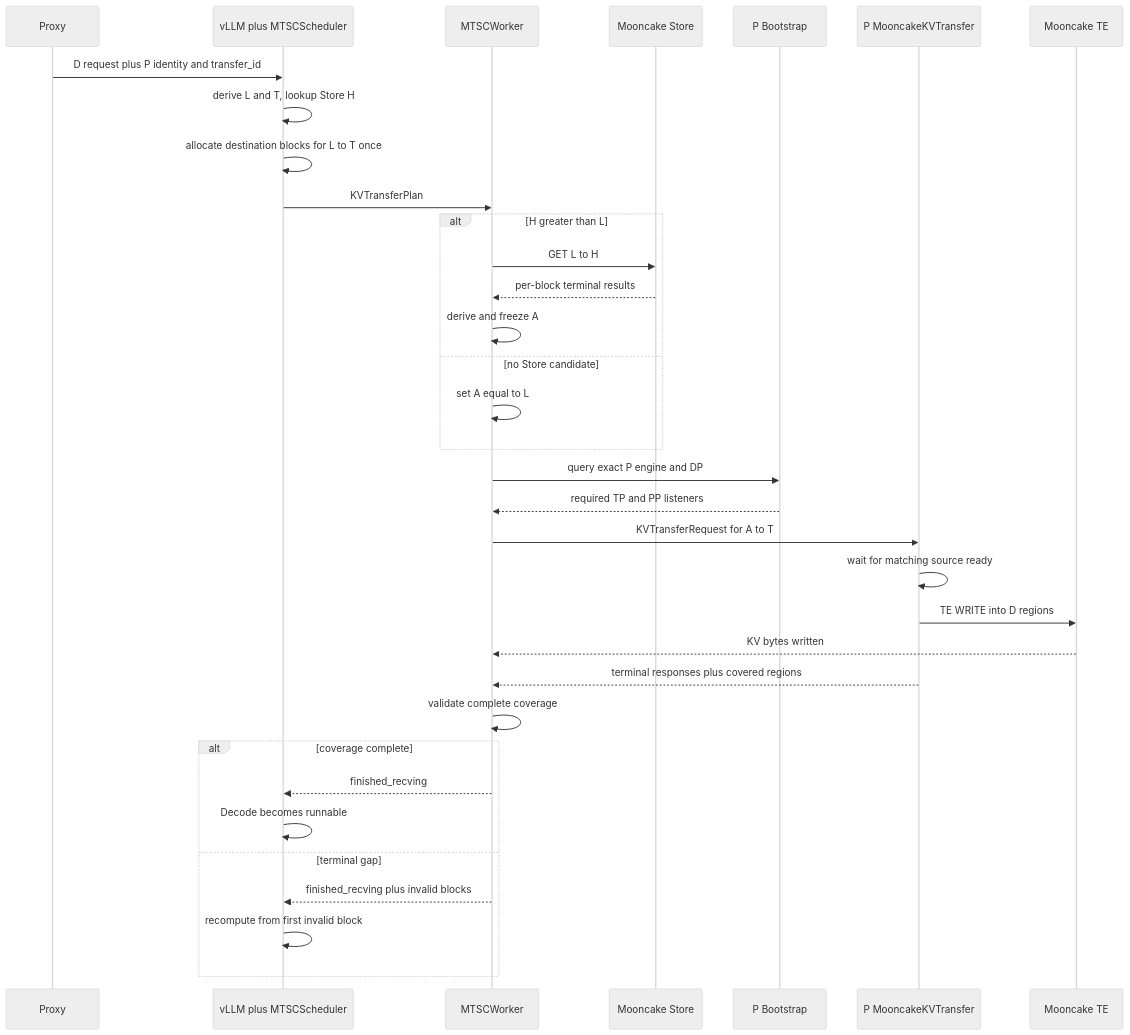
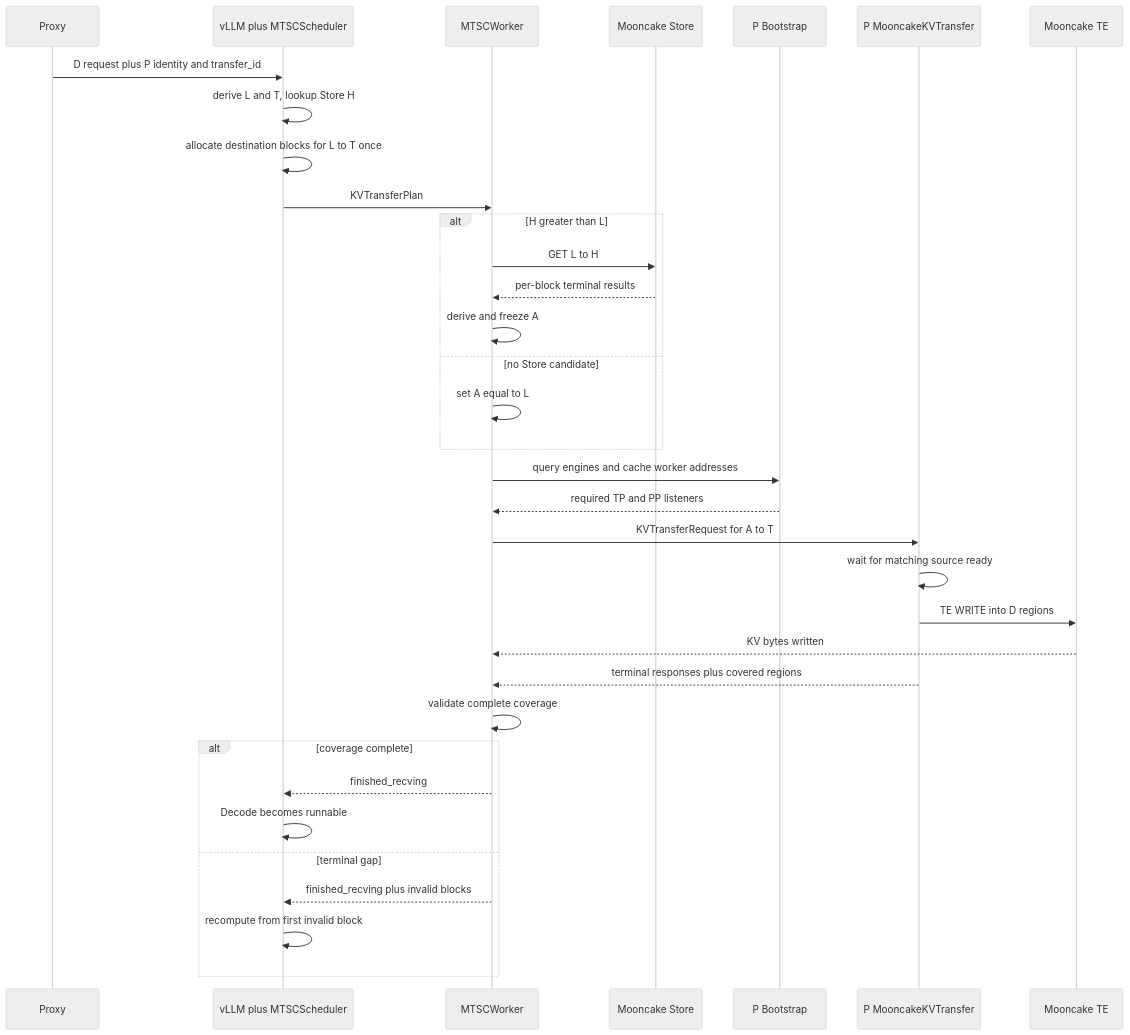
Before and after one commit to WangSu-X/MTSC: the third of 6 diagrams in docs/design/S03-decode设计.md, drawn with Mermaid (neutral theme). The commit also changed other lines of this file and 21 other files, not shown here.

````diff
--- a/docs/design/S03-decode设计.md
+++ b/docs/design/S03-decode设计.md
@@ -297,37 +290,37 @@
 ```mermaid
 sequenceDiagram
     participant X as Proxy
     participant S as vLLM plus MTSCScheduler
     participant W as MTSCWorker
     participant ST as Mooncake Store
     participant B as P Bootstrap
     participant P as P MooncakeKVTransfer
     participant TE as Mooncake TE
 
     X->>S: D request plus P identity and transfer_id
     S->>S: derive L and T, lookup Store H
     S->>S: allocate destination blocks for L to T once
     S->>W: KVTransferPlan
     alt H greater than L
         W->>ST: GET L to H
         ST-->>W: per-block terminal results
         W->>W: derive and freeze A
     else no Store candidate
         W->>W: set A equal to L
     end
-    W->>B: query exact P engine and DP
+    W->>B: query engines and cache worker addresses
     B-->>W: required TP and PP listeners
     W->>P: KVTransferRequest for A to T
     P->>P: wait for matching source ready
     P->>TE: TE WRITE into D regions
     TE-->>W: KV bytes written
     P-->>W: terminal responses plus covered regions
     W->>W: validate complete coverage
     alt coverage complete
         W-->>S: finished_recving
         S->>S: Decode becomes runnable
     else terminal gap
         W-->>S: finished_recving plus invalid blocks
         S->>S: recompute from first invalid block
     end
 ```
````
